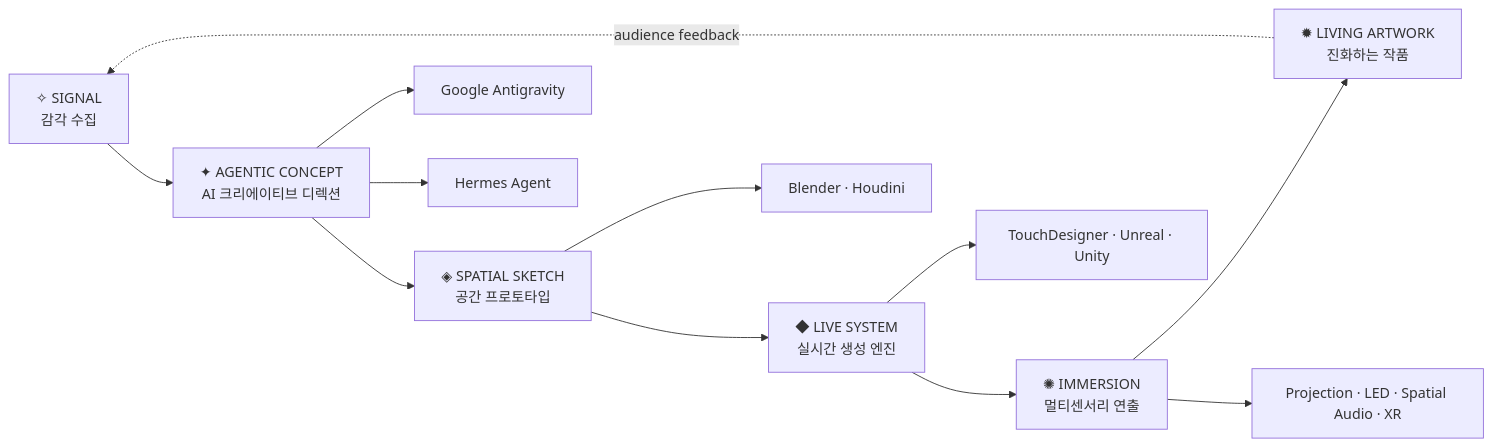
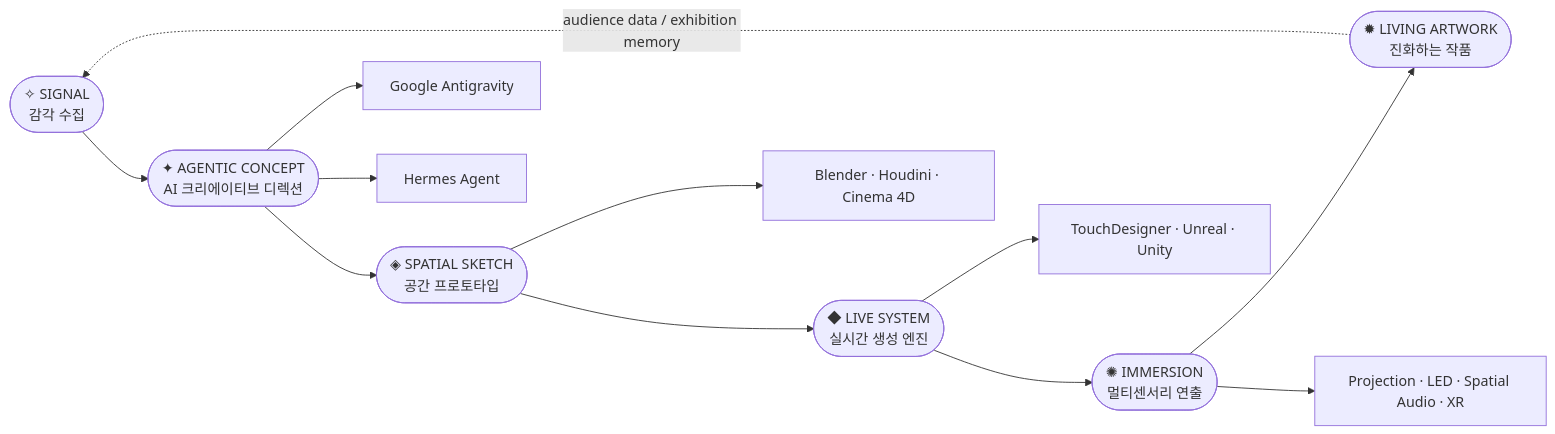
One commit to libreleee/AI-MediaArt changed the diagram in README.md. Above: the diagram before and after it, drawn with Mermaid. The commit also changed other lines of this file, not shown here.

````diff
--- a/README.md
+++ b/README.md
@@ -76,15 +150,15 @@
 ```mermaid
 flowchart LR
-    A["✧ SIGNAL<br/>감각 수집"] --> B["✦ AGENTIC CONCEPT<br/>AI 크리에이티브 디렉션"]
-    B --> C["◈ SPATIAL SKETCH<br/>공간 프로토타입"]
-    C --> D["◆ LIVE SYSTEM<br/>실시간 생성 엔진"]
-    D --> E["✺ IMMERSION<br/>멀티센서리 연출"]
-    E --> F["✹ LIVING ARTWORK<br/>진화하는 작품"]
-    F -. audience feedback .-> A
+    A([✧ SIGNAL<br/>감각 수집]) --> B([✦ AGENTIC CONCEPT<br/>AI 크리에이티브 디렉션])
+    B --> C([◈ SPATIAL SKETCH<br/>공간 프로토타입])
+    C --> D([◆ LIVE SYSTEM<br/>실시간 생성 엔진])
+    D --> E([✺ IMMERSION<br/>멀티센서리 연출])
+    E --> F([✹ LIVING ARTWORK<br/>진화하는 작품])
+    F -. audience data / exhibition memory .-> A
 
-    B --> B1["Google Antigravity"]
-    B --> B2["Hermes Agent"]
-    C --> C1["Blender · Houdini"]
-    D --> D1["TouchDesigner · Unreal · Unity"]
-    E --> E1["Projection · LED · Spatial Audio · XR"]
+    B --> B1[Google Antigravity]
+    B --> B2[Hermes Agent]
+    C --> C1[Blender · Houdini · Cinema 4D]
+    D --> D1[TouchDesigner · Unreal · Unity]
+    E --> E1[Projection · LED · Spatial Audio · XR]
 ```
````
